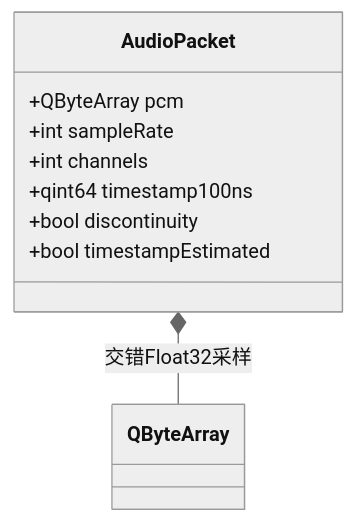
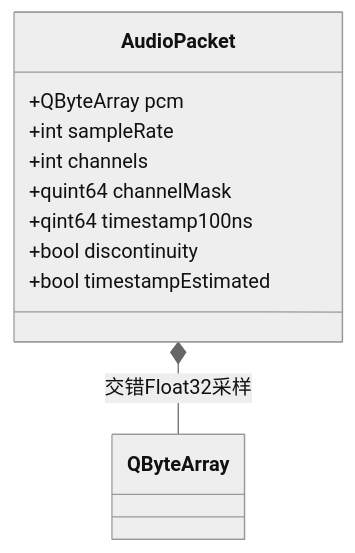
The diagram in docs/uml/AudioPacket.mmd (kingsman-svg/OBS), drawn with Mermaid (neutral theme) before and after one commit. The commit also changed 57 other files, not shown here.

```diff
--- a/docs/uml/AudioPacket.mmd
+++ b/docs/uml/AudioPacket.mmd
@@ -1,11 +1,12 @@
 classDiagram
-%% 保留设备采样率与声道；不连续及估计时间标志
+%% 采集保留设备格式，混音输出48kHz立体声；不连续及估计时间标志
 class AudioPacket {
   +QByteArray pcm
   +int sampleRate
   +int channels
+  +quint64 channelMask
   +qint64 timestamp100ns
   +bool discontinuity
   +bool timestampEstimated
 }
 AudioPacket *-- QByteArray : 交错Float32采样
```
